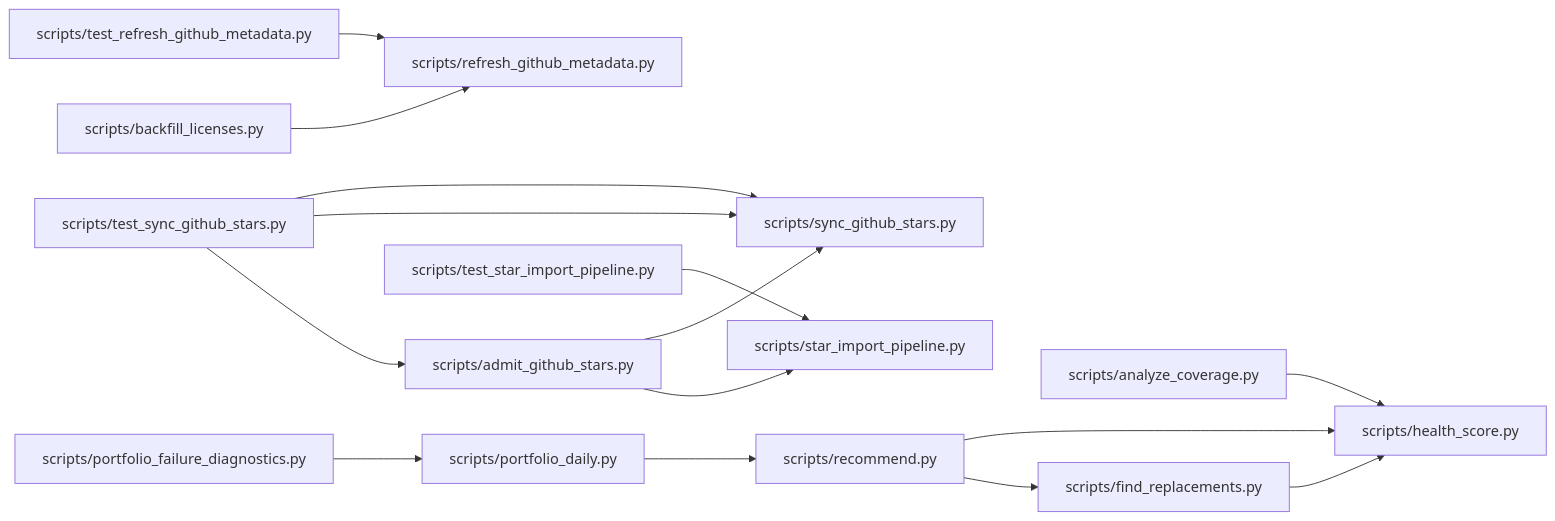
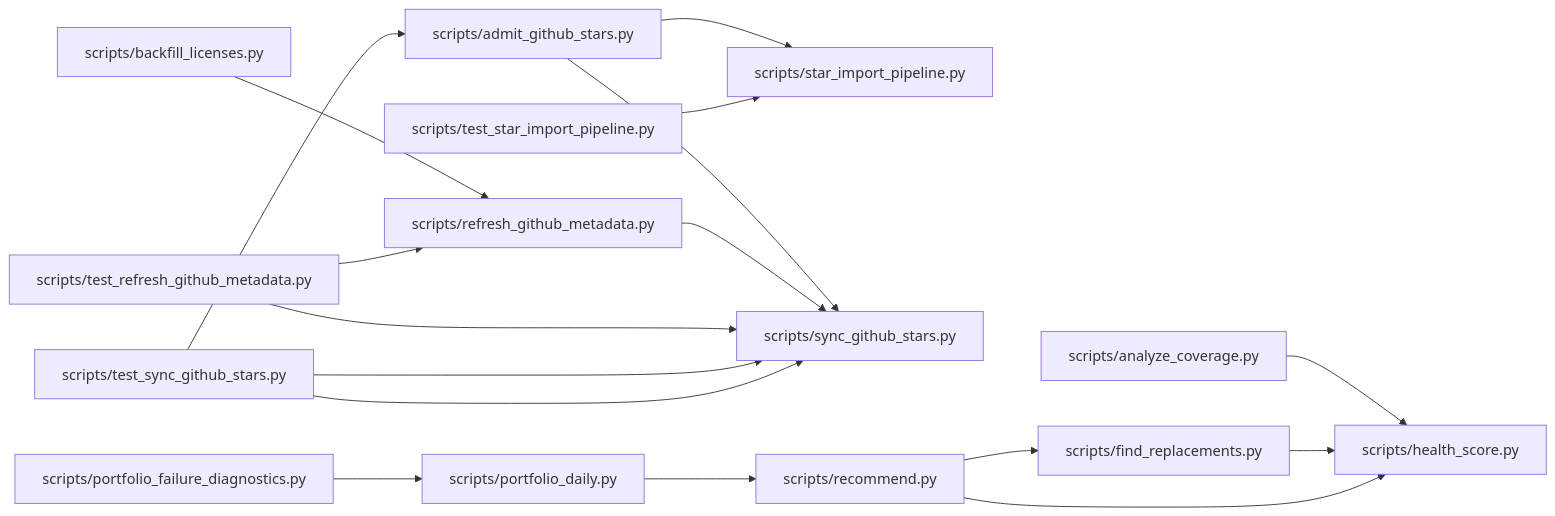
The diagram in .ai/brain/architecture.mmd (dbrckk/star-list), drawn with Mermaid before and after one commit. The commit also changed 72 other files, not shown here.

```diff
--- a/.ai/brain/architecture.mmd
+++ b/.ai/brain/architecture.mmd
@@ -1,15 +1,17 @@
 flowchart LR
   n8d03612ec4["scripts/admit_github_stars.py"] --> n83b2d4016a["scripts/star_import_pipeline.py"]
   n8d03612ec4["scripts/admit_github_stars.py"] --> n9ec765cbfe["scripts/sync_github_stars.py"]
   n493b546fce["scripts/analyze_coverage.py"] --> n61da7feb3f["scripts/health_score.py"]
   nbea452dbc9["scripts/backfill_licenses.py"] --> n673a0bb367["scripts/refresh_github_metadata.py"]
   n3c5af248bc["scripts/find_replacements.py"] --> n61da7feb3f["scripts/health_score.py"]
   n9c65ddcee9["scripts/portfolio_daily.py"] --> n6b33751c21["scripts/recommend.py"]
   nc1854cfb67["scripts/portfolio_failure_diagnostics.py"] --> n9c65ddcee9["scripts/portfolio_daily.py"]
   n6b33751c21["scripts/recommend.py"] --> n3c5af248bc["scripts/find_replacements.py"]
   n6b33751c21["scripts/recommend.py"] --> n61da7feb3f["scripts/health_score.py"]
+  n673a0bb367["scripts/refresh_github_metadata.py"] --> n9ec765cbfe["scripts/sync_github_stars.py"]
   nfc3af7e38e["scripts/test_refresh_github_metadata.py"] --> n673a0bb367["scripts/refresh_github_metadata.py"]
+  nfc3af7e38e["scripts/test_refresh_github_metadata.py"] --> n9ec765cbfe["scripts/sync_github_stars.py"]
   n0c8a572d8b["scripts/test_star_import_pipeline.py"] --> n83b2d4016a["scripts/star_import_pipeline.py"]
   n895eef35e5["scripts/test_sync_github_stars.py"] --> n8d03612ec4["scripts/admit_github_stars.py"]
   n895eef35e5["scripts/test_sync_github_stars.py"] --> n9ec765cbfe["scripts/sync_github_stars.py"]
   n895eef35e5["scripts/test_sync_github_stars.py"] --> n9ec765cbfe["scripts/sync_github_stars.py"]
```
